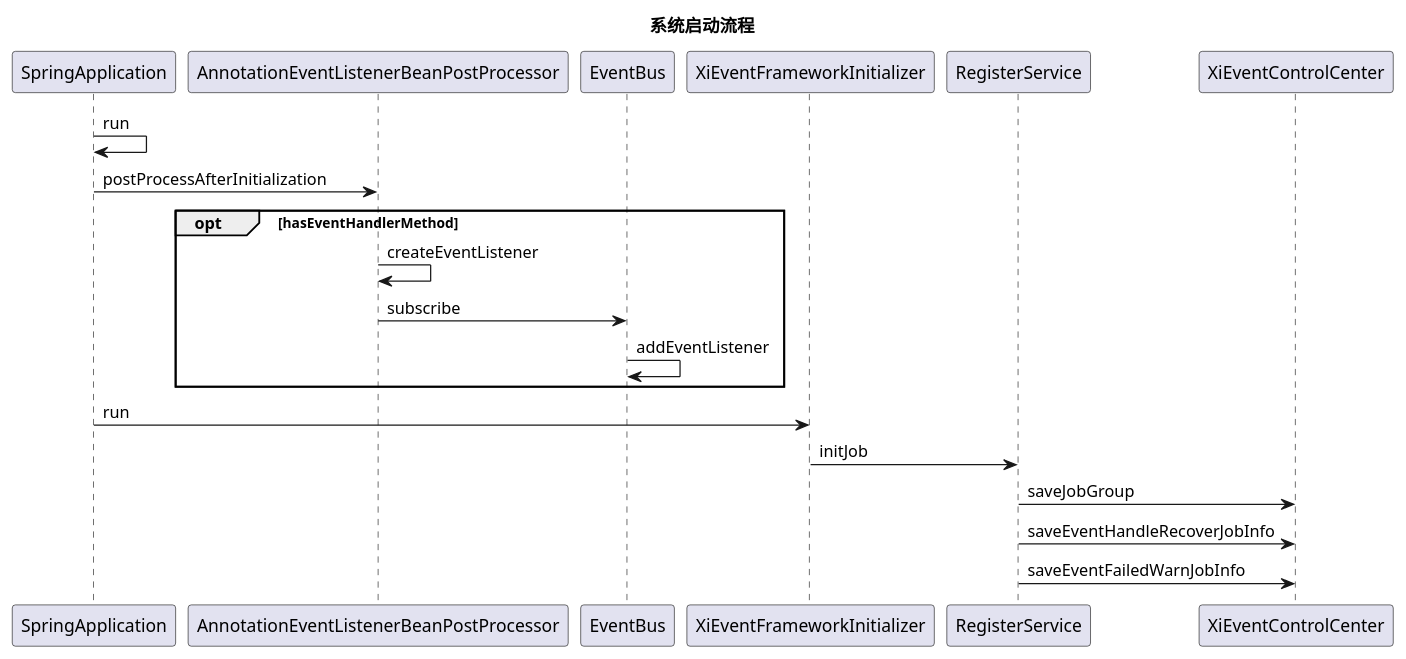
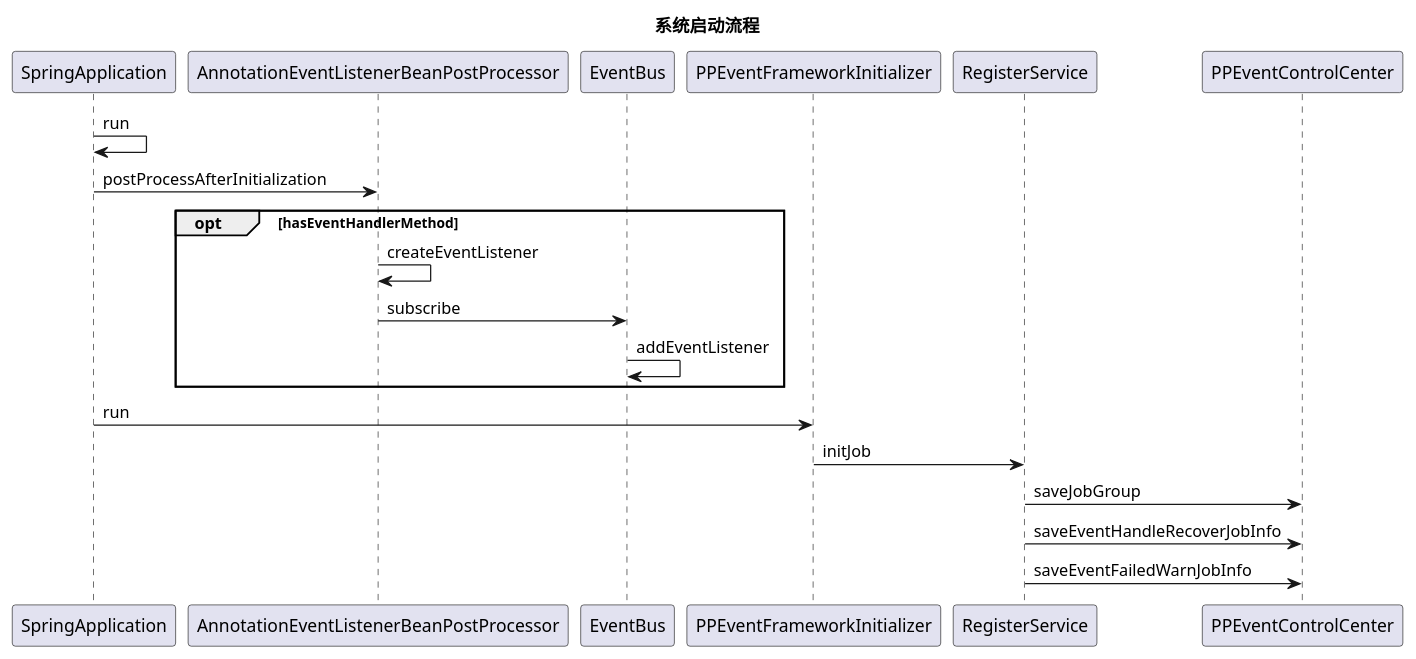
The diagram in design/system_init_seq.puml (suogongy/pp-event), drawn with PlantUML before and after one commit. The commit also changed 94 other files, not shown here.

```diff
--- a/design/system_init_seq.puml
+++ b/design/system_init_seq.puml
@@ -1,15 +1,15 @@
 @startuml
 title 系统启动流程
 SpringApplication -> SpringApplication:run
 SpringApplication -> AnnotationEventListenerBeanPostProcessor:postProcessAfterInitialization
 opt hasEventHandlerMethod
     AnnotationEventListenerBeanPostProcessor->AnnotationEventListenerBeanPostProcessor:createEventListener
     AnnotationEventListenerBeanPostProcessor->EventBus:subscribe
     EventBus->EventBus:addEventListener
 end
-SpringApplication -> XiEventFrameworkInitializer:run
-XiEventFrameworkInitializer -> RegisterService:initJob
-RegisterService -> XiEventControlCenter:saveJobGroup
-RegisterService -> XiEventControlCenter:saveEventHandleRecoverJobInfo
-RegisterService -> XiEventControlCenter:saveEventFailedWarnJobInfo
+SpringApplication -> PPEventFrameworkInitializer:run
+PPEventFrameworkInitializer -> RegisterService:initJob
+RegisterService -> PPEventControlCenter:saveJobGroup
+RegisterService -> PPEventControlCenter:saveEventHandleRecoverJobInfo
+RegisterService -> PPEventControlCenter:saveEventFailedWarnJobInfo
 @enduml
```
